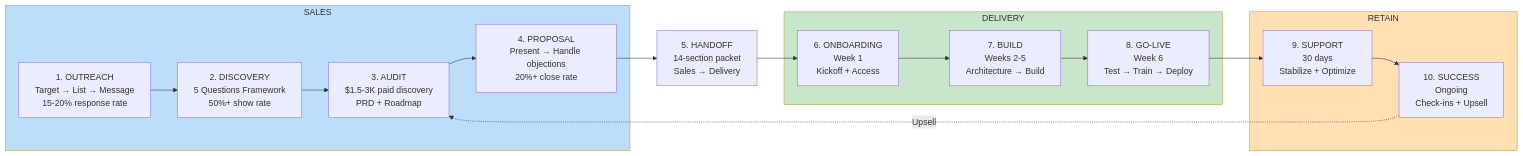
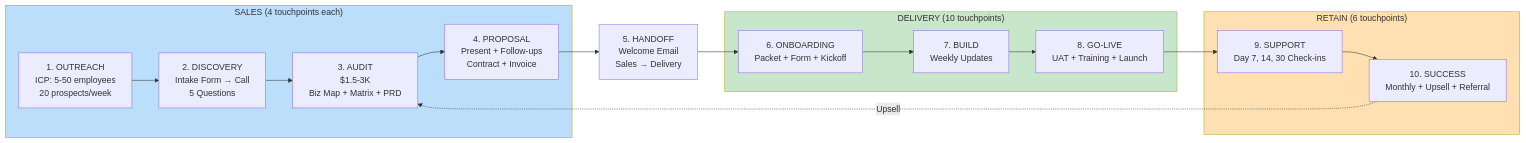
One commit to mekaielabdullahi/ai-agency-sales-os changed the second of 3 diagrams in customer-journey-mermaid.md. Above: the diagram before and after it, drawn with Mermaid. The commit also changed other lines of this file, not shown here.

First line of the commit message:
Update customer journey with touchpoints for automation

````diff
--- a/customer-journey-mermaid.md
+++ b/customer-journey-mermaid.md
@@ -122,33 +186,33 @@
 ```mermaid
 flowchart LR
-    subgraph SALES["SALES"]
-        A1[1. OUTREACH<br/>Target → List → Message<br/>15-20% response rate]
-        A2[2. DISCOVERY<br/>5 Questions Framework<br/>50%+ show rate]
-        A3[3. AUDIT<br/>$1.5-3K paid discovery<br/>PRD + Roadmap]
-        A4[4. PROPOSAL<br/>Present → Handle objections<br/>20%+ close rate]
+    subgraph SALES["SALES (4 touchpoints each)"]
+        A1[1. OUTREACH<br/>ICP: 5-50 employees<br/>20 prospects/week]
+        A2[2. DISCOVERY<br/>Intake Form → Call<br/>5 Questions]
+        A3[3. AUDIT<br/>$1.5-3K<br/>Biz Map + Matrix + PRD]
+        A4[4. PROPOSAL<br/>Present + Follow-ups<br/>Contract + Invoice]
         A1 --> A2 --> A3 --> A4
     end
 
-    B[5. HANDOFF<br/>14-section packet<br/>Sales → Delivery]
+    B[5. HANDOFF<br/>Welcome Email<br/>Sales → Delivery]
 
-    subgraph DELIVERY["DELIVERY"]
-        C1[6. ONBOARDING<br/>Week 1<br/>Kickoff + Access]
-        C2[7. BUILD<br/>Weeks 2-5<br/>Architecture → Build]
-        C3[8. GO-LIVE<br/>Week 6<br/>Test → Train → Deploy]
+    subgraph DELIVERY["DELIVERY (10 touchpoints)"]
+        C1[6. ONBOARDING<br/>Packet + Form + Kickoff]
+        C2[7. BUILD<br/>Weekly Updates]
+        C3[8. GO-LIVE<br/>UAT + Training + Launch]
         C1 --> C2 --> C3
     end
 
-    subgraph RETAIN["RETAIN"]
-        D1[9. SUPPORT<br/>30 days<br/>Stabilize + Optimize]
-        D2[10. SUCCESS<br/>Ongoing<br/>Check-ins + Upsell]
+    subgraph RETAIN["RETAIN (6 touchpoints)"]
+        D1[9. SUPPORT<br/>Day 7, 14, 30 Check-ins]
+        D2[10. SUCCESS<br/>Monthly + Upsell + Referral]
         D1 --> D2
     end
 
     A4 --> B --> C1
     C3 --> D1
     D2 -.->|Upsell| A3
 
     style SALES fill:#bbdefb
     style DELIVERY fill:#c8e6c9
     style RETAIN fill:#ffe0b2
 ```
````
